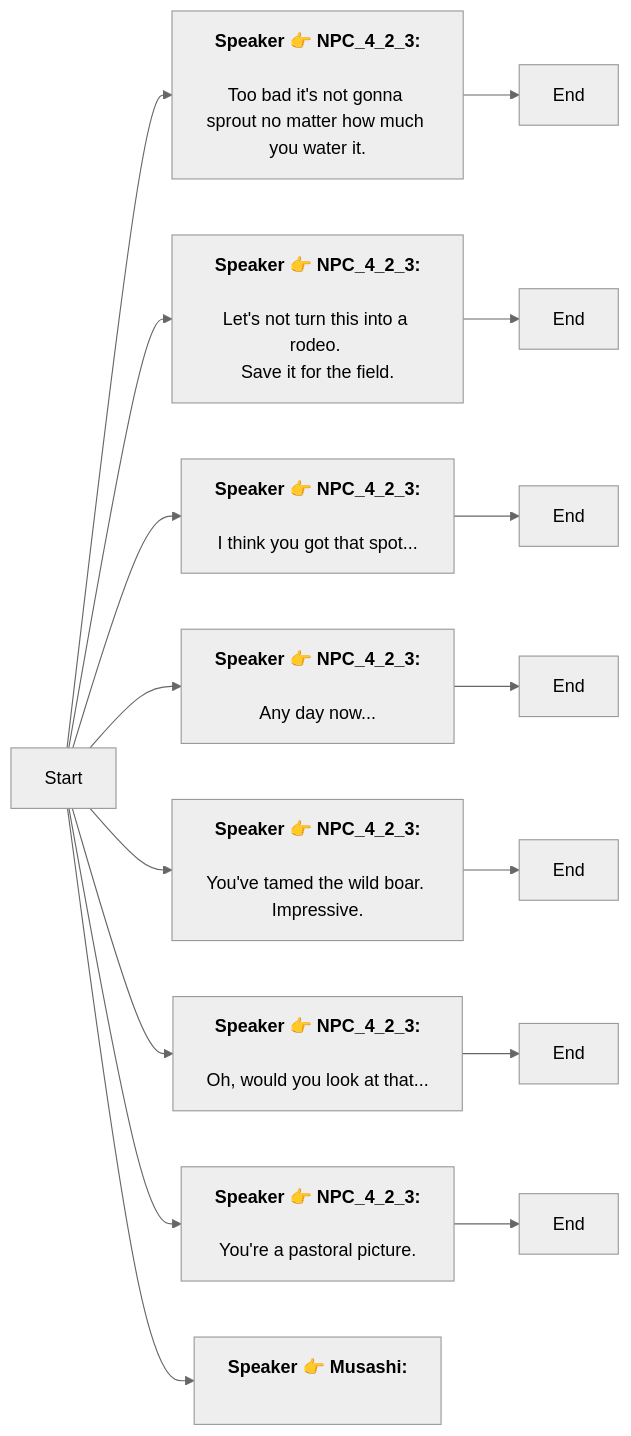
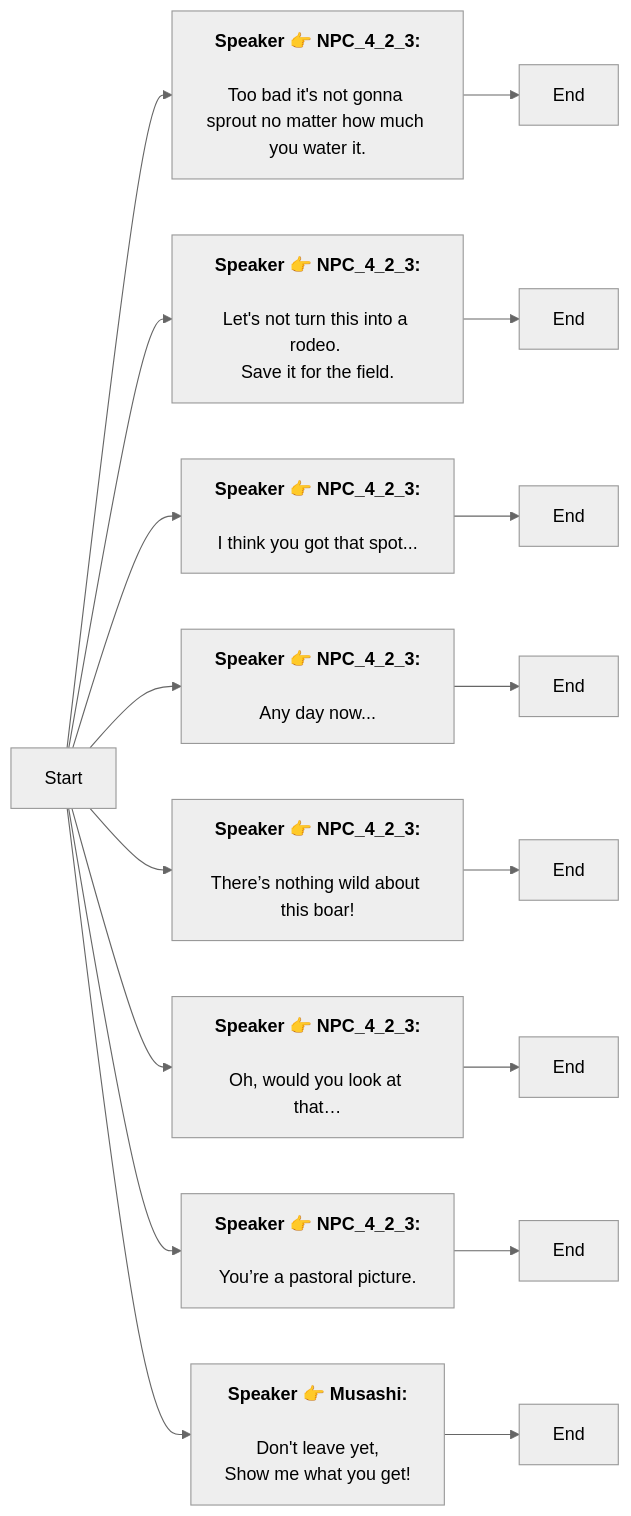
One commit to SoftHu/tos_avg changed the diagram in En/FarmingTutriols.md. Above: the diagram before and after it, drawn with Mermaid (neutral theme). The commit also changed 780 other files, not shown here.

````diff
--- a/En/FarmingTutriols.md
+++ b/En/FarmingTutriols.md
@@ -1,28 +1,30 @@
 ```mermaid
 graph LR
 Start -->1768884574776325[<b>Speaker 👉 NPC_4_2_3:</b>
 \nToo bad it's not gonna sprout no matter how much you water it.]
 1768884574776325 -->1768884429265923[End]
 Start -->1768884774476813[<b>Speaker 👉 NPC_4_2_3:</b>
 \nLet's not turn this into a rodeo. 
 Save it for the field.]
 1768884774476813 -->1768884678678536[End]
 Start -->1768884787234830[<b>Speaker 👉 NPC_4_2_3:</b>
 \nI think you got that spot...]
 1768884787234830 -->1768884739463179[End]
 Start -->1768884796445711[<b>Speaker 👉 NPC_4_2_3:</b>
 \nAny day now...]
 1768884796445711 -->1768884809496592[End]
 Start -->1768884880899090[<b>Speaker 👉 NPC_4_2_3:</b>
-\nYou've tamed the wild boar. Impressive.]
+\nThere’s nothing wild about this boar!]
 1768884880899090 -->1768884891209747[End]
 Start -->1768884921164823[<b>Speaker 👉 NPC_4_2_3:</b>
-\nOh, would you look at that...]
+\nOh, would you look at that…]
 1768884921164823 -->1768884925259800[End]
 Start -->1768884920385558[<b>Speaker 👉 NPC_4_2_3:</b>
-\nYou're a pastoral picture.]
+\nYou’re a pastoral picture.]
 1768884920385558 -->1768884931682329[End]
 Start -->1772535815119022[<b>Speaker 👉 Musashi:</b>
-\n]
+\nDon't leave yet,
+Show me what you get!]
+1772535815119022 -->1775537268542936[End]
 
 ```
````
